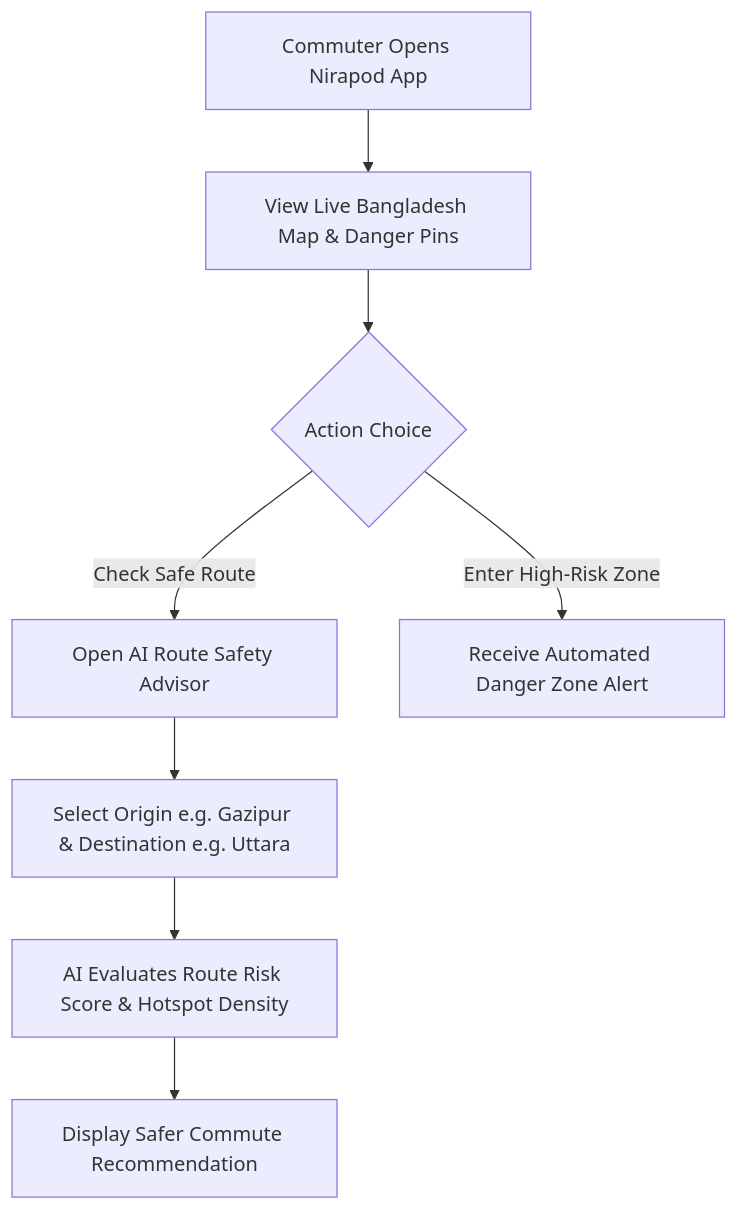
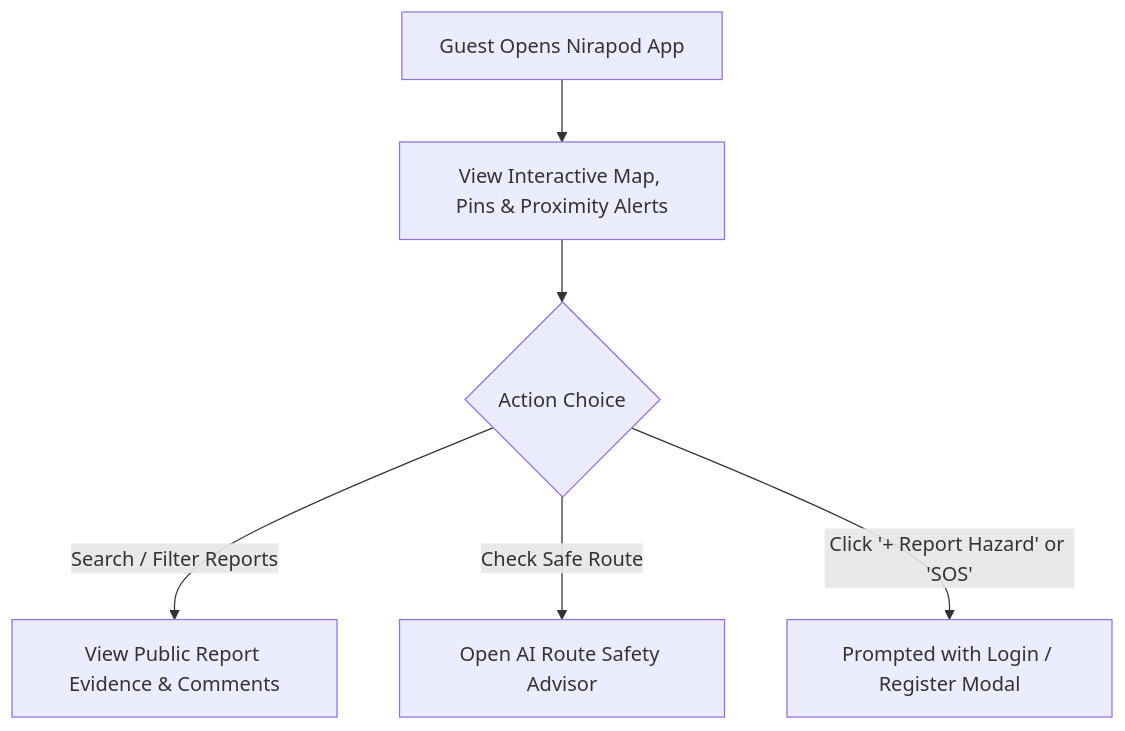
Before and after one commit to meherabhossainmmh-lang/Trojan_Horse: the first of 4 diagrams in docs/USER_FLOW.md, drawn with Mermaid. The commit also changed other lines of this file and 84 other files, not shown here.

````diff
--- a/docs/USER_FLOW.md
+++ b/docs/USER_FLOW.md
@@ -9,10 +9,8 @@
 ```mermaid
 graph TD
-    A[Commuter Opens Nirapod App] --> B[View Live Bangladesh Map & Danger Pins]
+    A[Guest Opens Nirapod App] --> B[View Interactive Map, Pins & Proximity Alerts]
     B --> C{Action Choice}
-    C -->|Check Safe Route| D[Open AI Route Safety Advisor]
-    C -->|Enter High-Risk Zone| E[Receive Automated Danger Zone Alert]
-    D --> F[Select Origin e.g. Gazipur & Destination e.g. Uttara]
-    F --> G[AI Evaluates Route Risk Score & Hotspot Density]
-    G --> H[Display Safer Commute Recommendation]
+    C -->|Search / Filter Reports| D[View Public Report Evidence & Comments]
+    C -->|Check Safe Route| E[Open AI Route Safety Advisor]
+    C -->|Click '+ Report Hazard' or 'SOS'| F[Prompted with Login / Register Modal]
 ```
````
